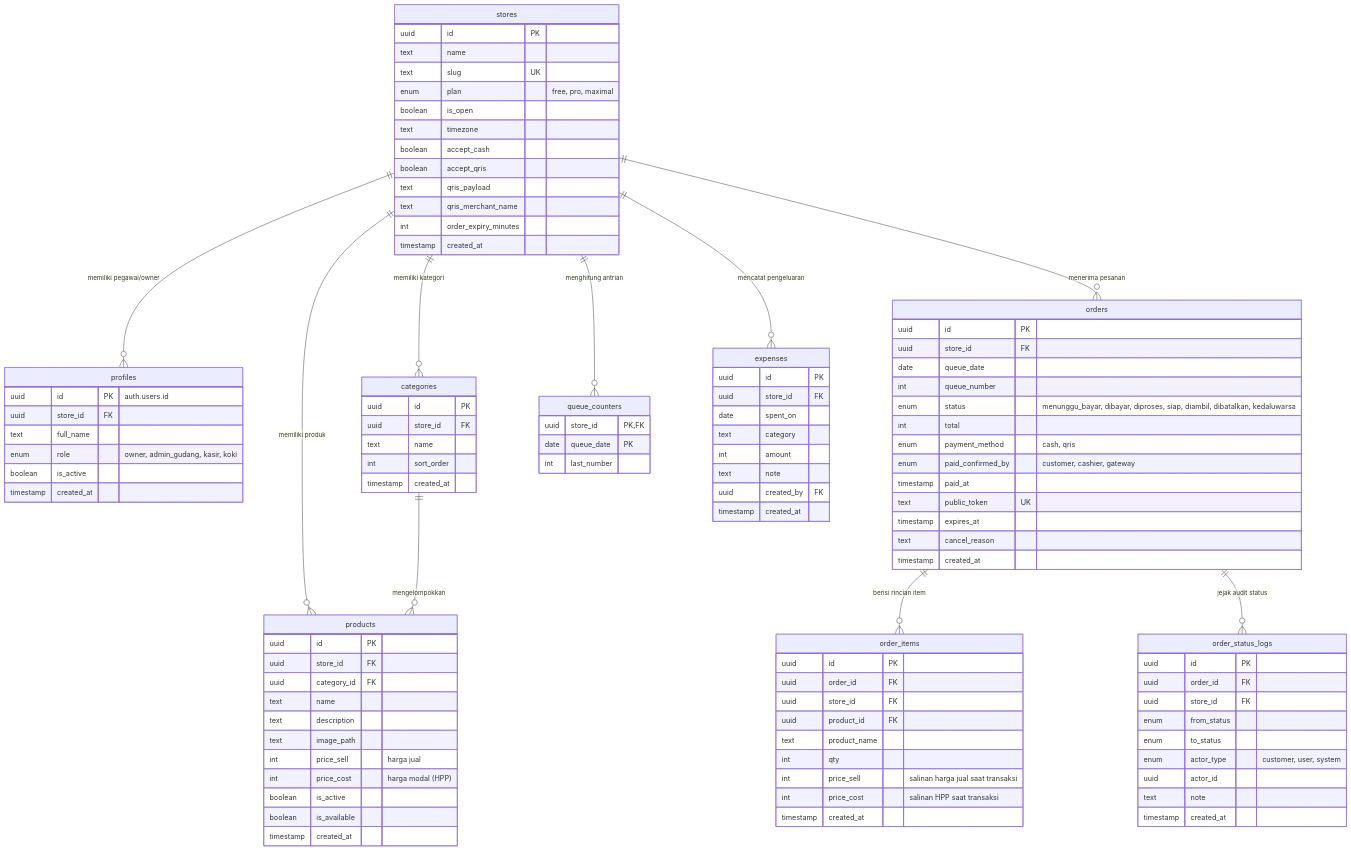
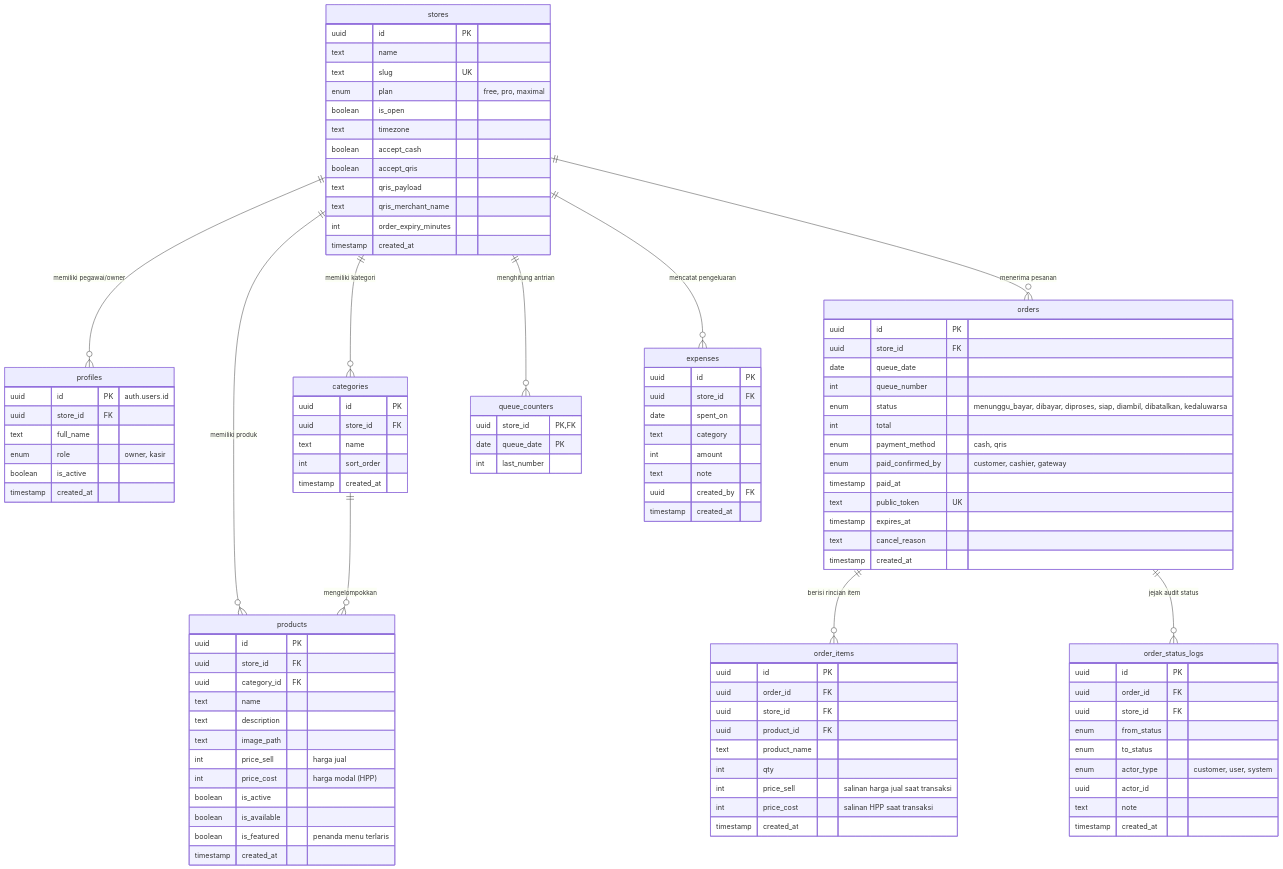
Before and after one commit to Byatarade/Proyek-Terakhir-RPL: the diagram in README.md, drawn with Mermaid. The commit also changed other lines of this file and 10 other files, not shown here.

```diff
--- a/README.md
+++ b/README.md
@@ -170,7 +177,7 @@
         uuid id PK "auth.users.id"
         uuid store_id FK
         text full_name
-        enum role "owner, admin_gudang, kasir, koki"
+        enum role "owner, kasir"
         boolean is_active
         timestamp created_at
     }
@@ -194,6 +201,7 @@
         int price_cost "harga modal (HPP)"
         boolean is_active
         boolean is_available
+        boolean is_featured "penanda menu terlaris"
         timestamp created_at
     }
 
```
